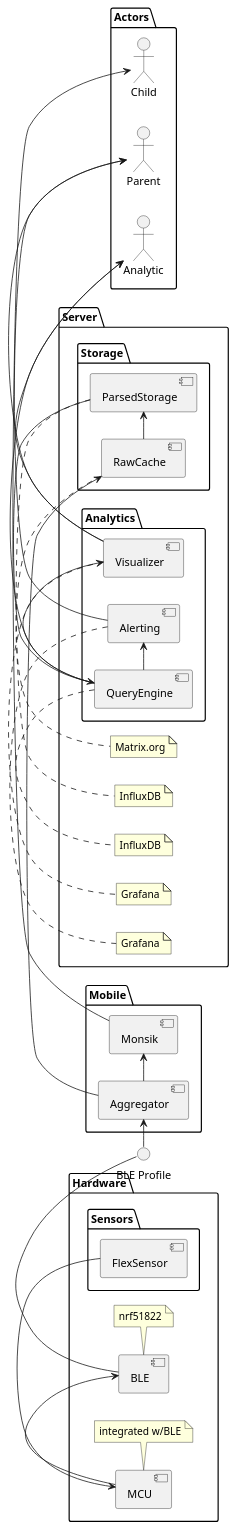
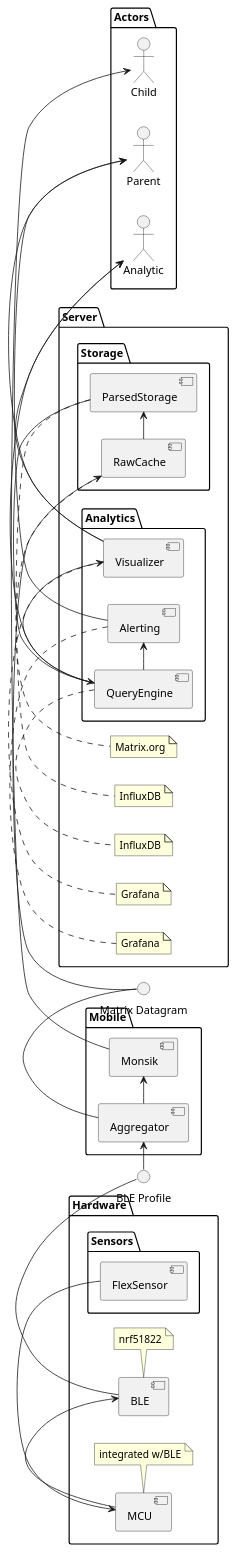
Before and after one commit to motorica-org/telemetry-docs: the diagram in architecture.puml, drawn with PlantUML.

Commit message:
feat(Architecture): Add Matrix Datagram

```diff
--- a/architecture.puml
+++ b/architecture.puml
@@ -1,58 +1,60 @@
 @startuml
 skinparam componentStyle uml2
 left to right direction
 
 interface "BLE Profile" [[https://github.com/motorica-org/telemetry-docs/wiki/BLE-Profile]]
+interface "Matrix Datagram" [[https://github.com/motorica-org/telemetry-docs/wiki/Matrix-datagram]]
 
 package Hardware {
     component MCU
     component BLE
 
     package Sensors {
         [FlexSensor] -> [MCU]
     }
 
     [MCU] -> [BLE]
     [BLE] - (BLE Profile)
 
     note bottom of [MCU]: integrated w/BLE
     note bottom of [BLE]: nrf51822
 }
 
 package Mobile {
     (BLE Profile) -> [Aggregator]
     [Aggregator] -> [Monsik]
+    [Aggregator] - (Matrix Datagram)
 }
 
 package Server {
     package Storage {
-        [Aggregator] -> [RawCache]
+        (Matrix Datagram) -> [RawCache]
         [RawCache] -> [ParsedStorage]
     }
     package Analytics {
         [ParsedStorage] -> [QueryEngine]
         [QueryEngine] -> [Visualizer]
         [QueryEngine] -> [Alerting]
     }
 
     note bottom of RawCache: Matrix.org
     note bottom of ParsedStorage: InfluxDB
     note bottom of QueryEngine: InfluxDB
     note bottom of Visualizer: Grafana
     note bottom of Alerting: Grafana
 }
 
 package Actors {
     actor Child
     actor Parent
     actor Analytic
 
     Child <- [Monsik]
 
     Parent <- [Visualizer]
     Parent <- [Alerting]
 
     Analytic <- [QueryEngine]
     Analytic <- [Visualizer]
 }
 @enduml
```
